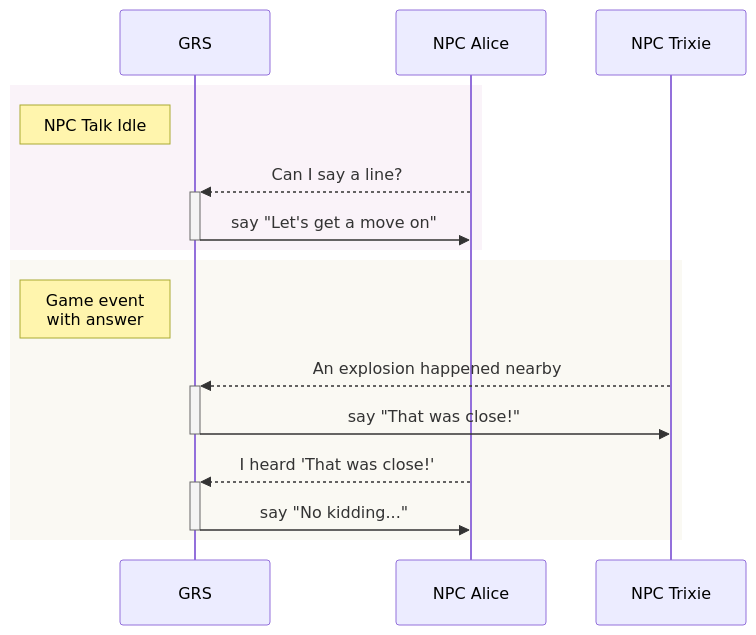
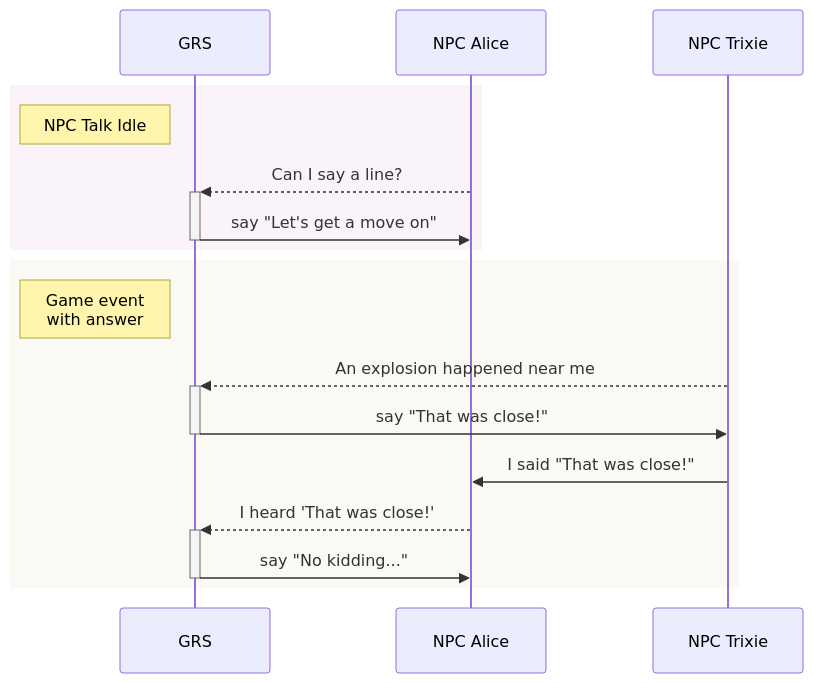
The first of 2 diagrams in README.md (DanielOaks/GodotResponseSystem), drawn with Mermaid before and after one commit.

````diff
--- a/README.md
+++ b/README.md
@@ -29,20 +29,21 @@
 ```mermaid
 sequenceDiagram
 	participant GRS
 	participant NPC Alice
 	participant NPC Trixie
 
 	rect rgb(190,100,180,0.08)
 		Note left of GRS: NPC Talk Idle
 		NPC Alice -->>+ GRS: Can I say a line?
 		GRS ->>- NPC Alice: say "Let's get a move on"
 	end
 
 	rect rgb(190,180,100,0.08)
 		Note left of GRS: Game event<br>with answer
-		NPC Trixie -->>+ GRS: An explosion happened nearby
+		NPC Trixie -->>+ GRS: An explosion happened near me
 		GRS ->>- NPC Trixie: say "That was close!"
+		NPC Trixie ->> NPC Alice: I said "That was close!"
 		NPC Alice -->>+ GRS: I heard 'That was close!'
 		GRS ->>- NPC Alice: say "No kidding..."
 	end
 ```
````
